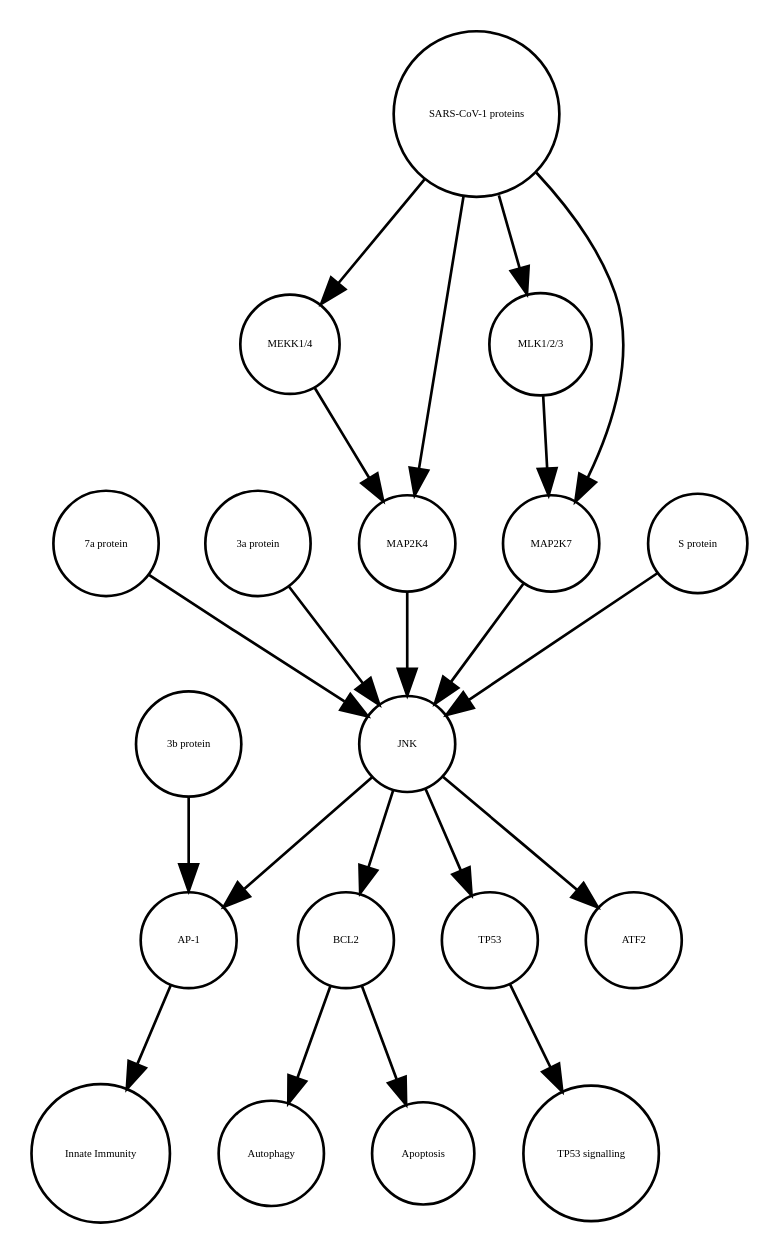
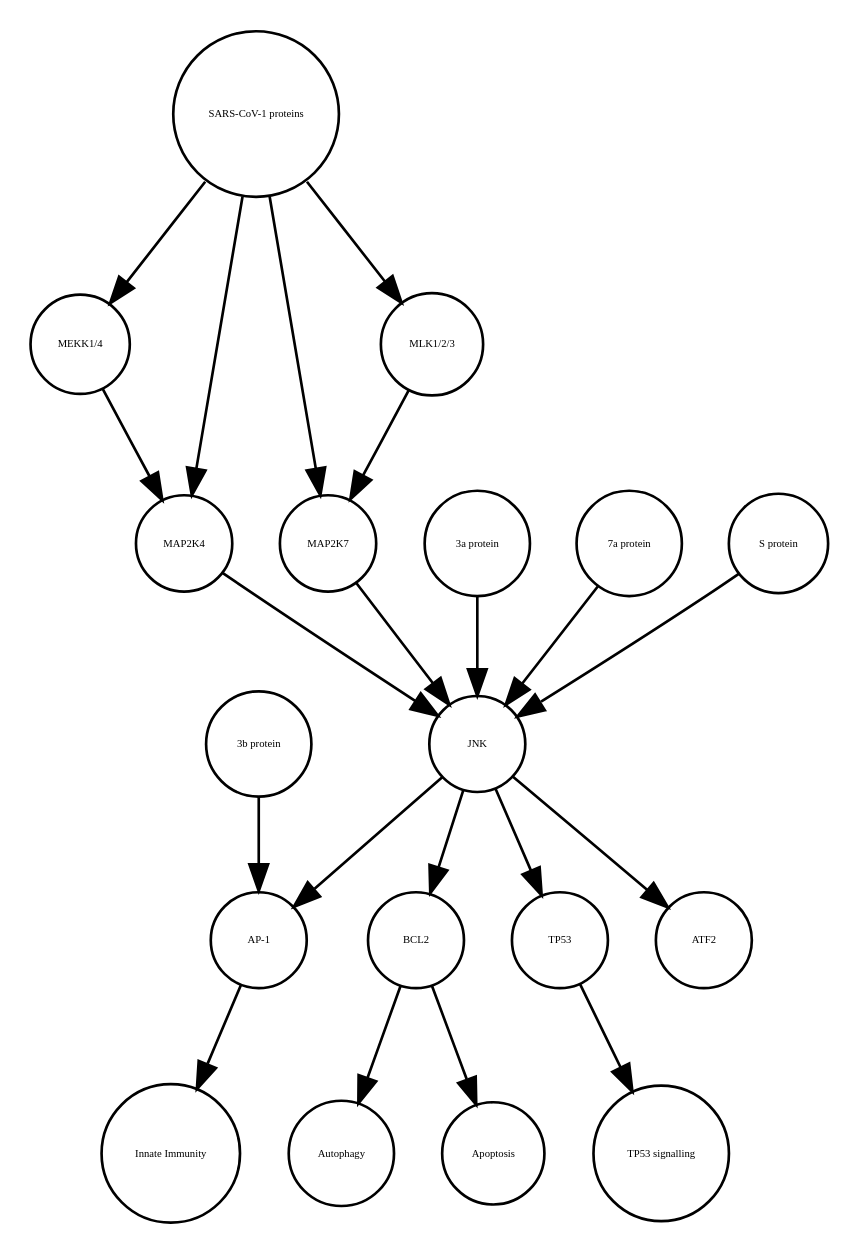
The diagram in JNK_pathway_v2.1.xml_projected.dot (cannin/covid19-sbgn), drawn with Graphviz before and after one commit. The commit also changed other lines of this file and 613 other files, not shown here.

```diff
--- a/JNK_pathway_v2.1.xml_projected.dot
+++ b/JNK_pathway_v2.1.xml_projected.dot
@@ -1,40 +1,40 @@
 strict digraph  {
 BCL2 [annotation=urn_miriam_uniprot_P10415, bipartite=0, cls=macromolecule, fontsize=4, label=BCL2, shape=circle];
 Autophagy [annotation="", bipartite=0, cls=phenotype, fontsize=4, label=Autophagy, shape=circle];
 "AP-1" [annotation="", bipartite=0, cls=complex, fontsize=4, label="AP-1", shape=circle];
 "Innate Immunity" [annotation="", bipartite=0, cls=phenotype, fontsize=4, label="Innate Immunity", shape=circle];
 TP53 [annotation=urn_miriam_uniprot_P04637, bipartite=0, cls=macromolecule, fontsize=4, label=TP53, shape=circle];
 "TP53 signalling" [annotation="", bipartite=0, cls=phenotype, fontsize=4, label="TP53 signalling", shape=circle];
 Apoptosis [annotation="", bipartite=0, cls=phenotype, fontsize=4, label=Apoptosis, shape=circle];
 "MEKK1/4" [annotation="", bipartite=0, cls=complex, fontsize=4, label="MEKK1/4", shape=circle];
+MAP2K7 [annotation=urn_miriam_uniprot_O14733, bipartite=0, cls=macromolecule, fontsize=4, label=MAP2K7, shape=circle];
+"3a protein" [annotation="", bipartite=0, cls=macromolecule, fontsize=4, label="3a protein", shape=circle];
+"7a protein" [annotation="", bipartite=0, cls=macromolecule, fontsize=4, label="7a protein", shape=circle];
 "MLK1/2/3" [annotation="", bipartite=0, cls=complex, fontsize=4, label="MLK1/2/3", shape=circle];
 ATF2 [annotation=urn_miriam_uniprot_P15336, bipartite=0, cls=macromolecule, fontsize=4, label=ATF2, shape=circle];
-"SARS-CoV-1 proteins" [annotation="", bipartite=0, cls=complex, fontsize=4, label="SARS-CoV-1 proteins", shape=circle];
-"7a protein" [annotation="", bipartite=0, cls=macromolecule, fontsize=4, label="7a protein", shape=circle];
+"S protein" [annotation="", bipartite=0, cls=macromolecule, fontsize=4, label="S protein", shape=circle];
 "3b protein" [annotation="", bipartite=0, cls=macromolecule, fontsize=4, label="3b protein", shape=circle];
 JNK [annotation="", bipartite=0, cls=complex, fontsize=4, label=JNK, shape=circle];
-"3a protein" [annotation="", bipartite=0, cls=macromolecule, fontsize=4, label="3a protein", shape=circle];
-MAP2K7 [annotation=urn_miriam_uniprot_O14733, bipartite=0, cls=macromolecule, fontsize=4, label=MAP2K7, shape=circle];
+"SARS-CoV-1 proteins" [annotation="", bipartite=0, cls=complex, fontsize=4, label="SARS-CoV-1 proteins", shape=circle];
 MAP2K4 [annotation=urn_miriam_uniprot_P45985, bipartite=0, cls=macromolecule, fontsize=4, label=MAP2K4, shape=circle];
-"S protein" [annotation="", bipartite=0, cls=macromolecule, fontsize=4, label="S protein", shape=circle];
 BCL2 -> Autophagy  [annotation="", interaction_type="necessary stimulation"];
 BCL2 -> Apoptosis  [annotation="", interaction_type=inhibition];
 "AP-1" -> "Innate Immunity"  [annotation="", interaction_type="necessary stimulation"];
 TP53 -> "TP53 signalling"  [annotation="", interaction_type="necessary stimulation"];
 "MEKK1/4" -> MAP2K4  [annotation="urn_miriam_pubmed_31226023|urn_miriam_taxonomy_694009", interaction_type=stimulation];
+MAP2K7 -> JNK  [annotation=urn_miriam_pubmed_17141229, interaction_type=stimulation];
+"3a protein" -> JNK  [annotation=urn_miriam_pubmed_17141229, interaction_type=stimulation];
+"7a protein" -> JNK  [annotation=urn_miriam_pubmed_17141229, interaction_type=stimulation];
 "MLK1/2/3" -> MAP2K7  [annotation="urn_miriam_pubmed_31226023|urn_miriam_taxonomy_694009", interaction_type=stimulation];
-"SARS-CoV-1 proteins" -> MAP2K7  [annotation="urn_miriam_pubmed_31226023|urn_miriam_taxonomy_694009", interaction_type=stimulation];
-"SARS-CoV-1 proteins" -> "MEKK1/4"  [annotation="urn_miriam_pubmed_31226023|urn_miriam_taxonomy_694009", interaction_type=stimulation];
-"SARS-CoV-1 proteins" -> "MLK1/2/3"  [annotation="urn_miriam_taxonomy_694009|urn_miriam_pubmed_31226023", interaction_type=stimulation];
-"SARS-CoV-1 proteins" -> MAP2K4  [annotation="urn_miriam_pubmed_31226023|urn_miriam_taxonomy_694009", interaction_type=stimulation];
-"7a protein" -> JNK  [annotation=urn_miriam_pubmed_17141229, interaction_type=stimulation];
+"S protein" -> JNK  [annotation=urn_miriam_pubmed_17267381, interaction_type=stimulation];
 "3b protein" -> "AP-1"  [annotation=urn_miriam_pubmed_21561061, interaction_type=stimulation];
 JNK -> "AP-1"  [annotation=urn_miriam_pubmed_21561061, interaction_type=stimulation];
 JNK -> ATF2  [annotation="", interaction_type=stimulation];
 JNK -> BCL2  [annotation=urn_miriam_pubmed_10567572, interaction_type=stimulation];
 JNK -> TP53  [annotation="", interaction_type=stimulation];
-"3a protein" -> JNK  [annotation=urn_miriam_pubmed_17141229, interaction_type=stimulation];
-MAP2K7 -> JNK  [annotation=urn_miriam_pubmed_17141229, interaction_type=stimulation];
+"SARS-CoV-1 proteins" -> MAP2K7  [annotation="urn_miriam_pubmed_31226023|urn_miriam_taxonomy_694009", interaction_type=stimulation];
+"SARS-CoV-1 proteins" -> "MLK1/2/3"  [annotation="urn_miriam_taxonomy_694009|urn_miriam_pubmed_31226023", interaction_type=stimulation];
+"SARS-CoV-1 proteins" -> "MEKK1/4"  [annotation="urn_miriam_pubmed_31226023|urn_miriam_taxonomy_694009", interaction_type=stimulation];
+"SARS-CoV-1 proteins" -> MAP2K4  [annotation="urn_miriam_pubmed_31226023|urn_miriam_taxonomy_694009", interaction_type=stimulation];
 MAP2K4 -> JNK  [annotation=urn_miriam_pubmed_17141229, interaction_type=stimulation];
-"S protein" -> JNK  [annotation=urn_miriam_pubmed_17267381, interaction_type=stimulation];
 }
```
